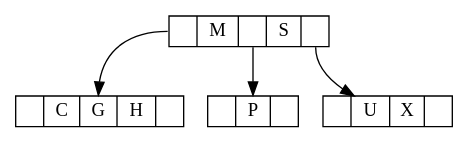
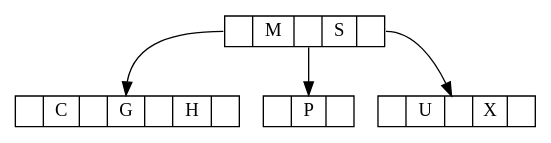
One commit to ericfode/CS320 changed the diagram in Assignment 4/step8.dot. Above: the diagram before and after it, drawn with Graphviz. The commit also changed 10 other files, not shown here.

```diff
--- a/Assignment 4/step8.dot
+++ b/Assignment 4/step8.dot
@@ -1,12 +1,11 @@
 digraph one {
 	node [shape = record, height=.1];
 	node0[label = "<f0> | <f1> M | <f2> |<f3> S| <f4> "];
-	node1[label = "<f0> | <f1> C | <f2> G |<f3> H | <f4> "];
+	node1[label = "<f0> | <f1> C || <f2> G ||<f3> H | <f4> "];
 	node2[label = "<f0> | <f1> P | <f2> "];
-	node3[label = "<f0> |<f1> U | <f2> X | <f3>"];
+	node3[label = "<f0> |<f1> U || <f2> X | <f3>"];
 	
 	"node0":f0 -> "node1":f2;
 	"node0":f2 -> "node2":f1;
 	"node0":f4 -> "node3";
-	
 }
```
